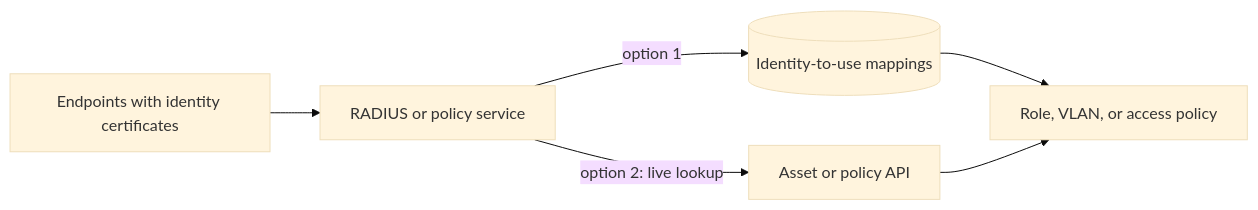
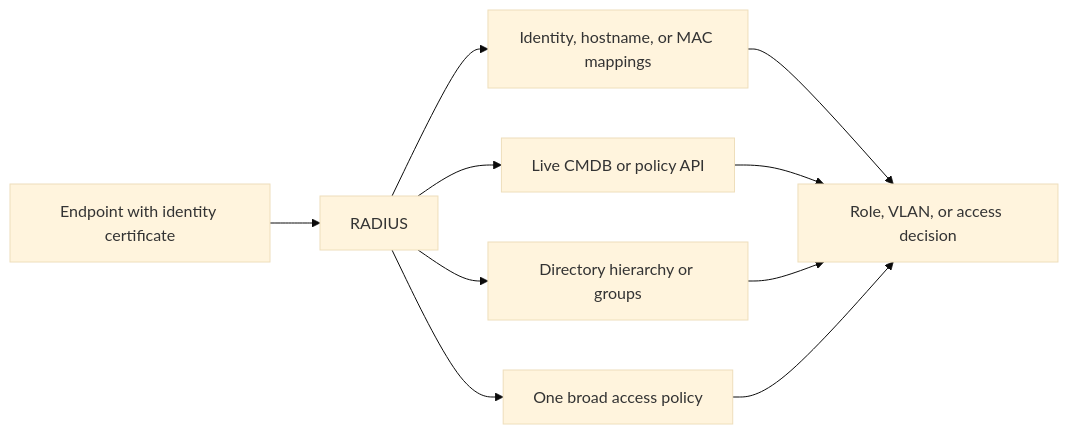
Before and after one commit to rovingclimber/adcs-enrollment-broker: the first of 3 diagrams in docs/why.md, drawn with Mermaid (base theme). The commit also changed other lines of this file and 3 other files, not shown here.

````diff
--- a/docs/why.md
+++ b/docs/why.md
@@ -17,8 +96,12 @@
 ```mermaid
 flowchart LR
-    E[Endpoints with identity certificates] --> R[RADIUS or policy service]
-    R -->|option 1| M[(Identity-to-use mappings)]
-    R -->|option 2: live lookup| A[Asset or policy API]
-    M --> P[Role, VLAN, or access policy]
+    E[Endpoint with identity certificate] --> R[RADIUS]
+    R --> M[Identity, hostname, or MAC mappings]
+    R --> A[Live CMDB or policy API]
+    R --> D[Directory hierarchy or groups]
+    R --> F[One broad access policy]
+    M --> P[Role, VLAN, or access decision]
     A --> P
+    D --> P
+    F --> P
 ```
````
